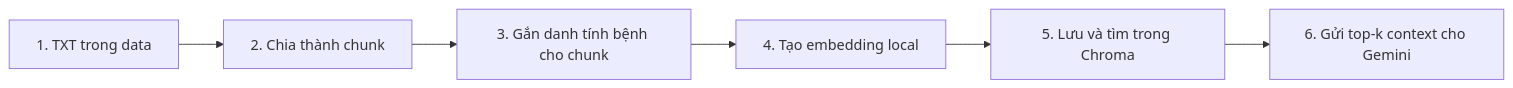
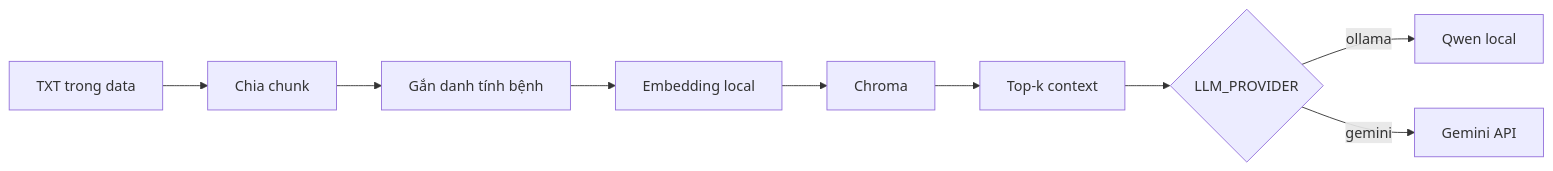
The diagram in RAG-module-2/README.md (thuanngza2203/capstone-project-039-253), drawn with Mermaid before and after one commit. The commit also changed other lines of this file and 8 other files, not shown here.

Commit message:
add: API via local LLM

````diff
--- a/RAG-module-2/README.md
+++ b/RAG-module-2/README.md
@@ -9,8 +9,11 @@
 ```mermaid
 flowchart LR
-    A[1. TXT trong data] --> B[2. Chia thành chunk]
-    B --> I[3. Gắn danh tính bệnh cho chunk]
-    I --> C[4. Tạo embedding local]
-    C --> D[5. Lưu và tìm trong Chroma]
-    D --> E[6. Gửi top-k context cho Gemini]
+    A[TXT trong data] --> B[Chia chunk]
+    B --> C[Gắn danh tính bệnh]
+    C --> D[Embedding local]
+    D --> E[Chroma]
+    E --> F[Top-k context]
+    F --> G{LLM_PROVIDER}
+    G -->|ollama| H[Qwen local]
+    G -->|gemini| I[Gemini API]
 ```
````
